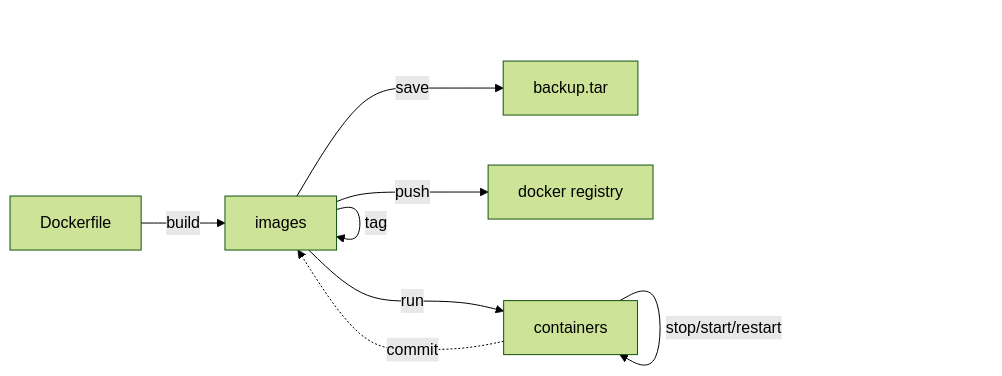
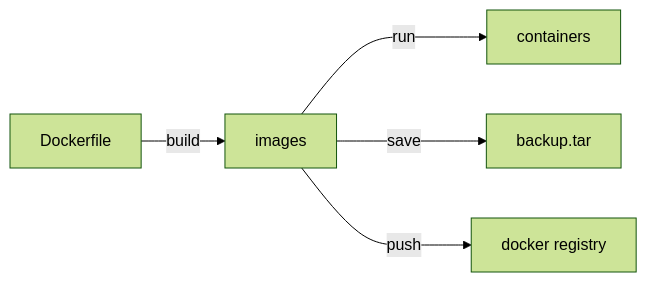
Before and after one commit to wangdada-love/docker_exercise: the diagram in README.md, drawn with Mermaid (forest theme).

````diff
--- a/README.md
+++ b/README.md
@@ -55,11 +55,10 @@
 ```mermaid
 graph LR 
   file[Dockerfile] --build--> image[images]
   image --run---> con[containers]  
   image --save--->tar[backup.tar]
   image --push--->hub[docker registry]
-  image--tag--->image
-  con -.commit.->image
-  con --stop/start/restart--->con
+
+
 
 ```
````
